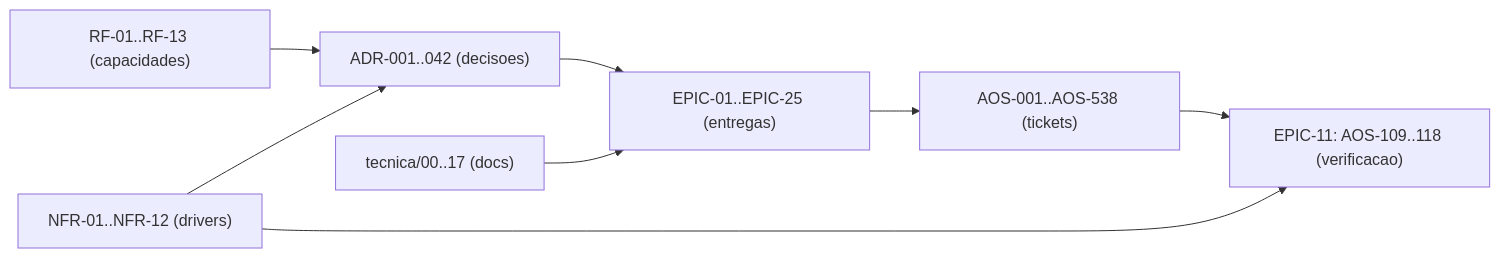
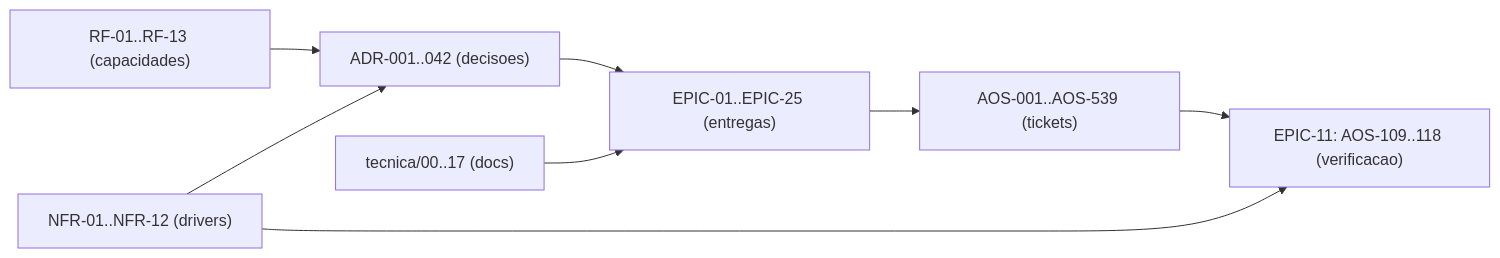
One commit to albinoJimy/aos changed the diagram in tecnica/16_Rastreabilidade_RTM.md. Above: the diagram before and after it, drawn with Mermaid. The commit also changed other lines of this file and 1 other file, not shown here.

Commit message:
docs(AOS-539): ticket do egress declarado no risco, retirado do AOS-538 por decisão do dono

````diff
--- a/tecnica/16_Rastreabilidade_RTM.md
+++ b/tecnica/16_Rastreabilidade_RTM.md
@@ -211,10 +211,10 @@
 ```mermaid
 flowchart LR
     RF["RF-01..RF-13 (capacidades)"] --> ADR["ADR-001..042 (decisoes)"]
     NFR["NFR-01..NFR-12 (drivers)"] --> ADR
     ADR --> EPIC["EPIC-01..EPIC-25 (entregas)"]
-    EPIC --> TICK["AOS-001..AOS-538 (tickets)"]
+    EPIC --> TICK["AOS-001..AOS-539 (tickets)"]
     DOC["tecnica/00..17 (docs)"] --> EPIC
     TICK --> TEST["EPIC-11: AOS-109..118 (verificacao)"]
     NFR --> TEST
 ```
````
